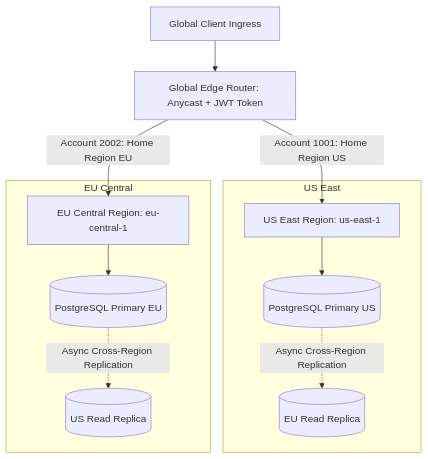
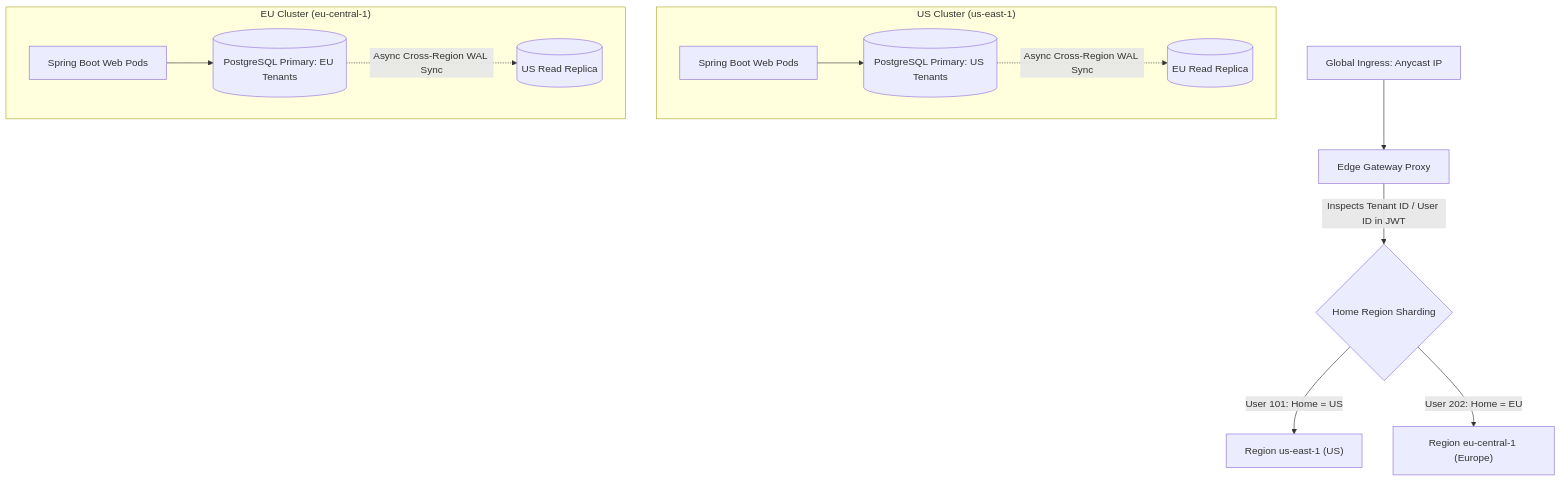
The seventh of 7 diagrams in docs/system-design/multi-region-disaster-recovery.mdx (weaponxwolf/backend-engineering-mastry), drawn with Mermaid before and after one commit. The commit also changed other lines of this file and 14 other files, not shown here.

Commit message:
docs: refactor and expand JPA and Hibernate architecture guide with physical memory and performance insights

````diff
--- a/docs/system-design/multi-region-disaster-recovery.mdx
+++ b/docs/system-design/multi-region-disaster-recovery.mdx
@@ -161,16 +435,18 @@
 ```mermaid
 flowchart TD
-    Client[Global Client Ingress] --> Router[Global Edge Router: Anycast + JWT Token]
-    Router -->|Account 1001: Home Region US| US[US East Region: us-east-1]
-    Router -->|Account 2002: Home Region EU| EU[EU Central Region: eu-central-1]
+    Client[Global Ingress: Anycast IP] --> Edge[Edge Gateway Proxy]
+    Edge -->|Inspects Tenant ID / User ID in JWT| Router{Home Region Sharding}
 
-    subgraph US East
-        US --> US_DB[(PostgreSQL Primary US)]
-        US_DB -.->|Async Cross-Region Replication| EU_Replica[(EU Read Replica)]
+    Router -->|User 101: Home = US| US_Cluster["Region us-east-1 (US)"]
+    Router -->|User 202: Home = EU| EU_Cluster["Region eu-central-1 (Europe)"]
+
+    subgraph US_Cluster_Detail["US Cluster (us-east-1)"]
+        US_App["Spring Boot Web Pods"] --> US_Primary[(PostgreSQL Primary: US Tenants)]
+        US_Primary -.->|Async Cross-Region WAL Sync| EU_Replica[(EU Read Replica)]
     end
 
-    subgraph EU Central
-        EU --> EU_DB[(PostgreSQL Primary EU)]
-        EU_DB -.->|Async Cross-Region Replication| US_Replica[(US Read Replica)]
+    subgraph EU_Cluster_Detail["EU Cluster (eu-central-1)"]
+        EU_App["Spring Boot Web Pods"] --> EU_Primary[(PostgreSQL Primary: EU Tenants)]
+        EU_Primary -.->|Async Cross-Region WAL Sync| US_Replica[(US Read Replica)]
     end
 ```
````
